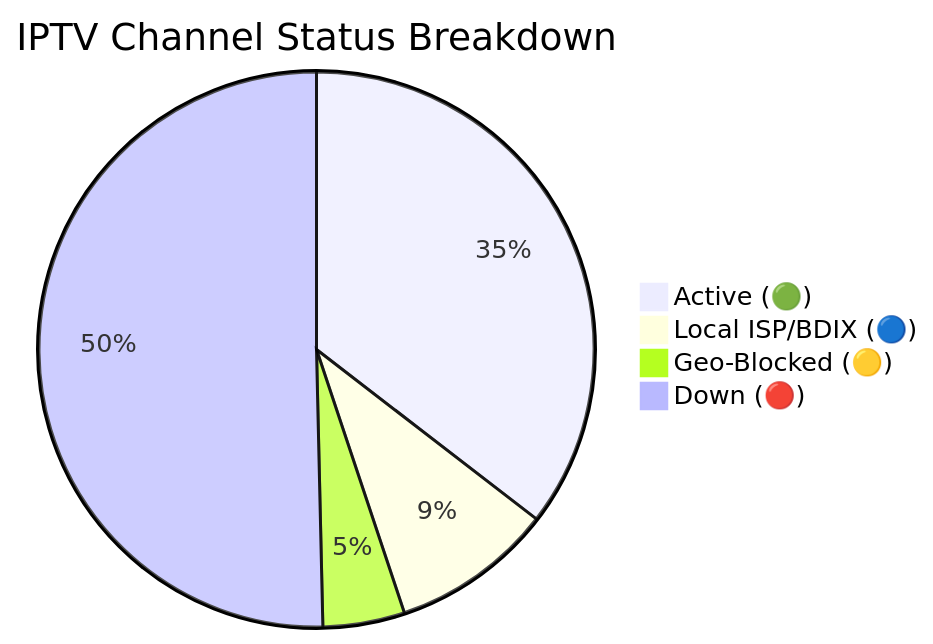
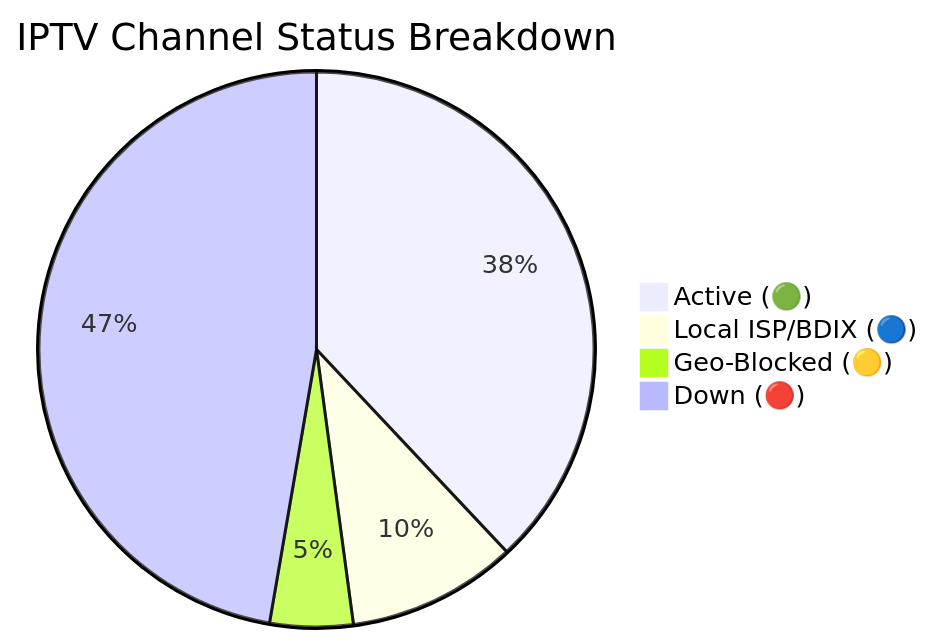
Before and after one commit to andreataylord/Ip-tv-Collection: the diagram in README.md, drawn with Mermaid. The commit also changed other lines of this file and 3 other files, not shown here.

````diff
--- a/README.md
+++ b/README.md
@@ -59,7 +59,7 @@
 ```mermaid
 pie title IPTV Channel Status Breakdown
-    "Active (🟢)" : 2950
-    "Local ISP/BDIX (🔵)" : 784
-    "Geo-Blocked (🟡)" : 396
-    "Down (🔴)" : 4191
+    "Active (🟢)" : 3001
+    "Local ISP/BDIX (🔵)" : 781
+    "Geo-Blocked (🟡)" : 382
+    "Down (🔴)" : 3736
 ```
````
